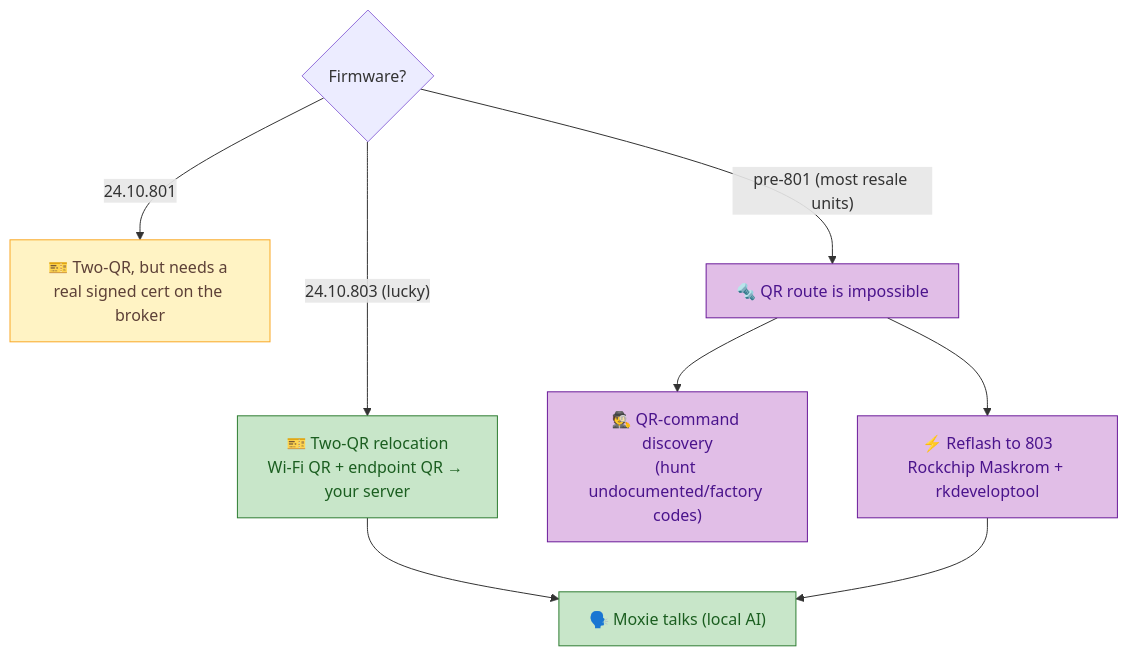
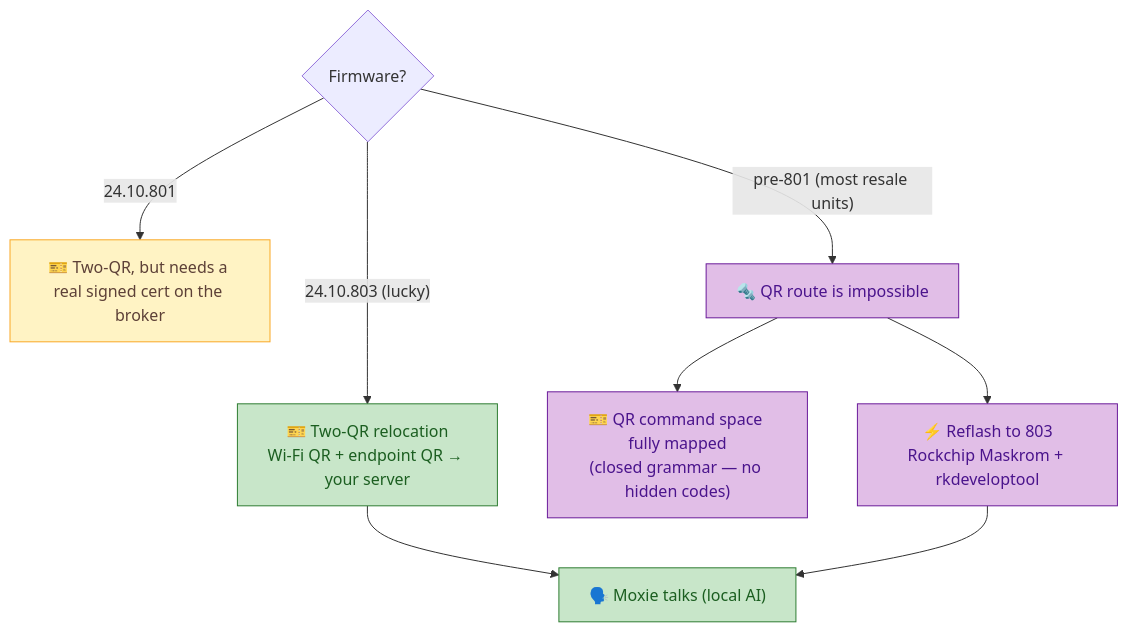
Before and after one commit to mvalancy/moxie-robot-saver: the third of 4 diagrams in sim/web/docs-bundle/_root/README.md, drawn with Mermaid. The commit also changed other lines of this file and 20 other files, not shown here.

````diff
--- a/sim/web/docs-bundle/_root/README.md
+++ b/sim/web/docs-bundle/_root/README.md
@@ -82,15 +88,15 @@
 ```mermaid
 flowchart TD
     fw{"Firmware?"}
     fw -->|"24.10.803 (lucky)"| qr["🎫 Two-QR relocation<br/>Wi-Fi QR + endpoint QR → your server"]
     fw -->|"24.10.801"| qrs["🎫 Two-QR, but needs a real signed cert on the broker"]
     fw -->|"pre-801 (most resale units)"| hard["🔩 QR route is impossible"]
-    hard --> hack["🕵️ QR-command discovery<br/>(hunt undocumented/factory codes)"]
+    hard --> hack["🎫 QR command space fully mapped<br/>(closed grammar — no hidden codes)"]
     hard --> flash["⚡ Reflash to 803<br/>Rockchip Maskrom + rkdeveloptool"]
     qr --> talk["🗣️ Moxie talks (local AI)"]
     flash --> talk
     classDef ok fill:#c8e6c9,stroke:#2e7d32,color:#1b5e20;
     classDef warn fill:#fff3c4,stroke:#f9a825,color:#5d4037;
     classDef res fill:#e1bee7,stroke:#6a1b9a,color:#4a148c;
     class qr,talk ok; class qrs warn; class hard,hack,flash res;
 ```
````
